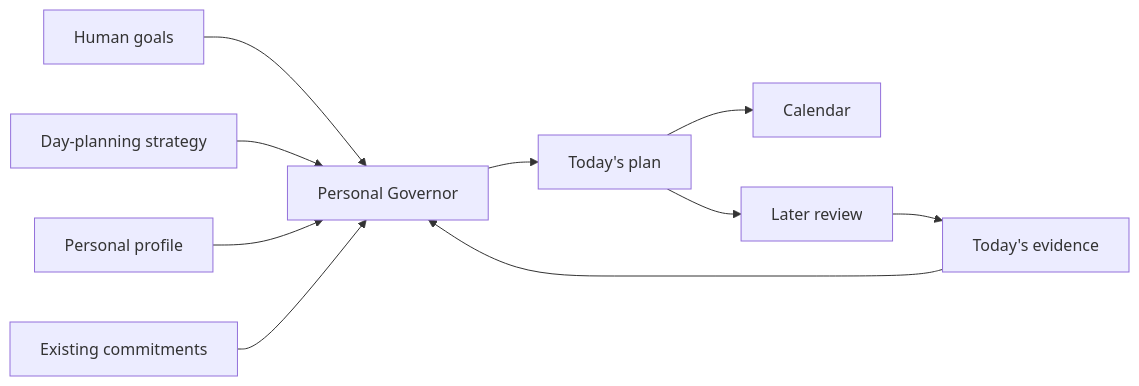
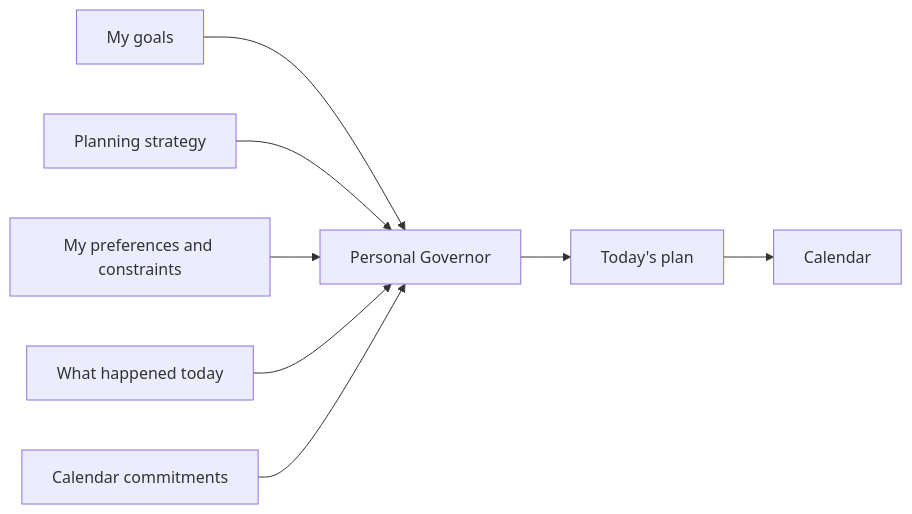
One commit to starodubtsevconsulting/ai-fleas changed the diagram in notes/2026-09-17-what-if-ai-planned-your-day.md. Above: the diagram before and after it, drawn with Mermaid. The commit also changed other lines of this file, not shown here.

Commit message:
Rewrite day-planning article around the story

````diff
--- a/notes/2026-09-17-what-if-ai-planned-your-day.md
+++ b/notes/2026-09-17-what-if-ai-planned-your-day.md
@@ -89,12 +134,10 @@
 ```mermaid
 flowchart LR
-    G[Human goals] --> P[Personal Governor]
-    S[Day-planning strategy] --> P
-    R[Personal profile] --> P
-    E[Today's evidence] --> P
-    C[Existing commitments] --> P
+    G[My goals] --> P[Personal Governor]
+    S[Planning strategy] --> P
+    R[My preferences and constraints] --> P
+    E[What happened today] --> P
+    C[Calendar commitments] --> P
     P --> D[Today's plan]
     D --> K[Calendar]
-    D --> V[Later review]
-    V --> E
 ```
````
